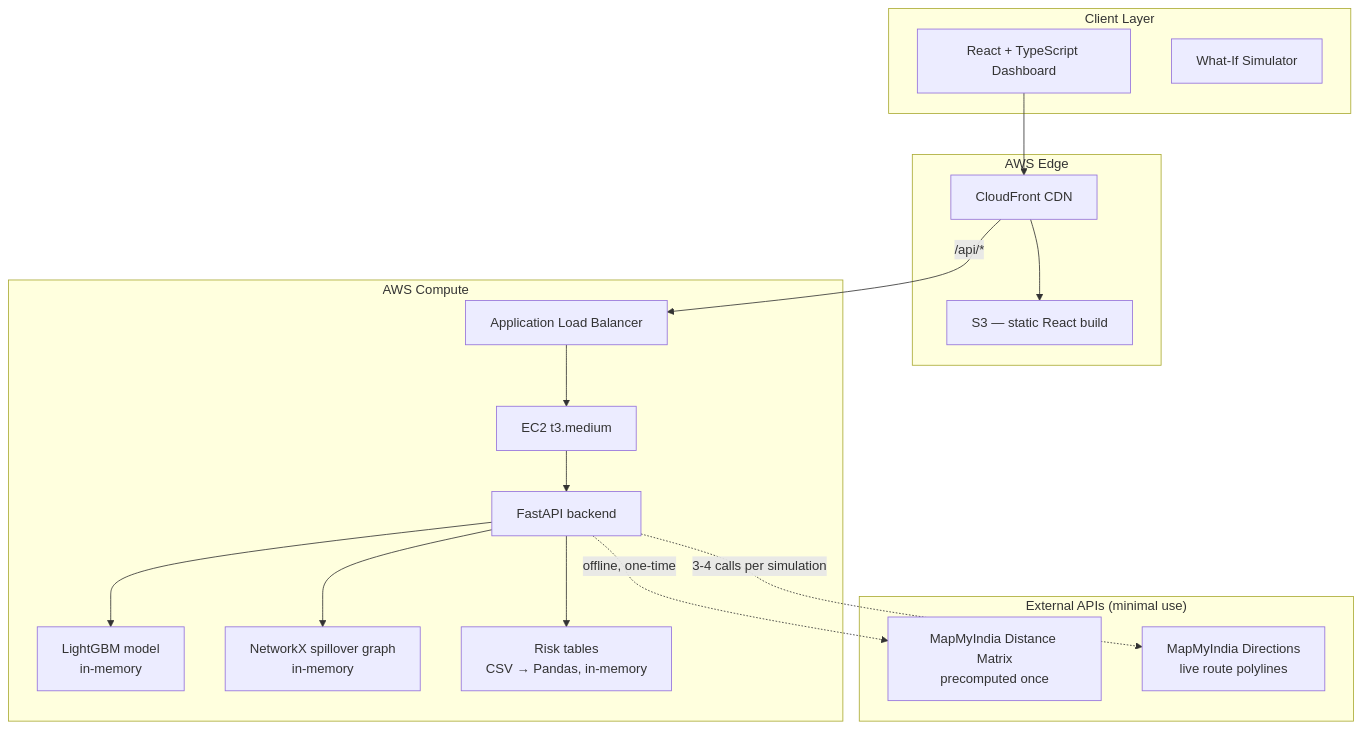
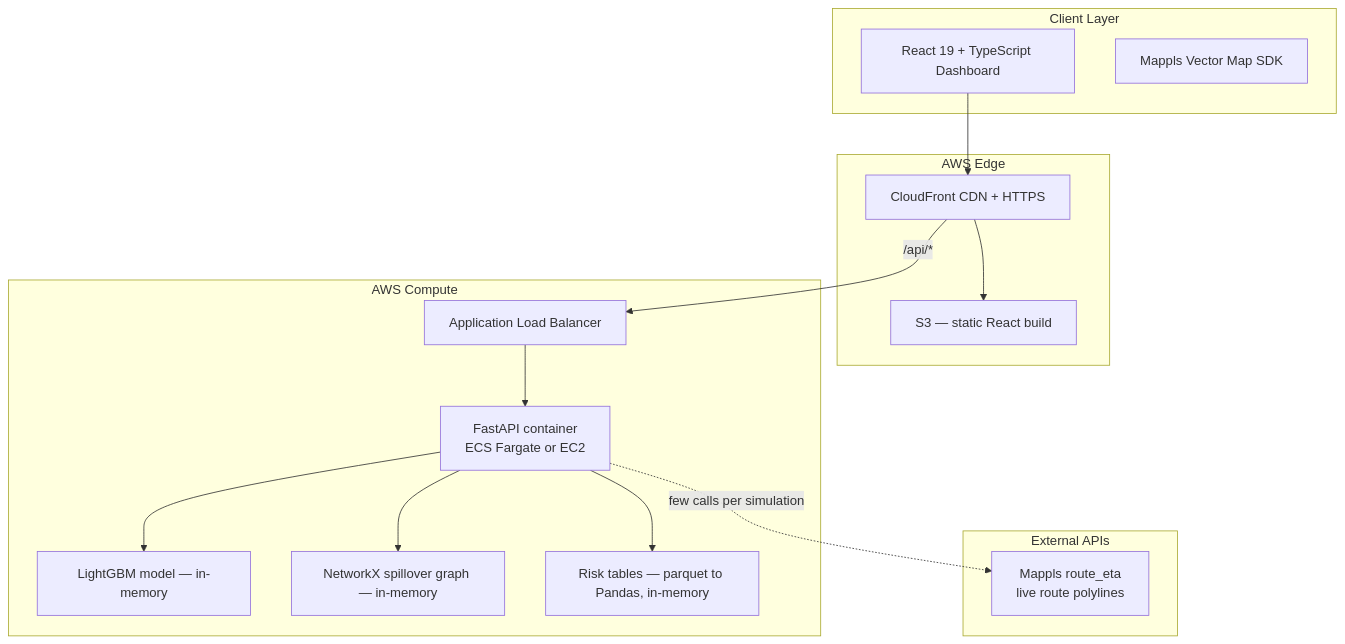
One commit to mpatra193/Flipkart_gridlock_2.0 changed the second of 3 diagrams in README.md. Above: the diagram before and after it, drawn with Mermaid. The commit also changed other lines of this file and 22 other files, not shown here.

````diff
--- a/README.md
+++ b/README.md
@@ -91,37 +95,33 @@
 ```mermaid
 flowchart TB
     subgraph Client["Client Layer"]
-        UI[React + TypeScript Dashboard]
-        EXT[What-If Simulator]
+        UI[React 19 + TypeScript Dashboard]
+        MAP[Mappls Vector Map SDK]
     end
 
     subgraph Edge["AWS Edge"]
-        CF[CloudFront CDN]
+        CF[CloudFront CDN + HTTPS]
         S3[S3 — static React build]
     end
 
     subgraph Compute["AWS Compute"]
         ALB[Application Load Balancer]
-        EC2[EC2 t3.medium]
-        API[FastAPI backend]
-        ML[LightGBM model<br/>in-memory]
-        GRAPH[NetworkX spillover graph<br/>in-memory]
-        TABLES[Risk tables<br/>CSV → Pandas, in-memory]
+        SVC[FastAPI container<br/>ECS Fargate or EC2]
+        ML[LightGBM model — in-memory]
+        GRAPH[NetworkX spillover graph — in-memory]
+        TABLES[Risk tables — parquet to Pandas, in-memory]
     end
 
-    subgraph External["External APIs (minimal use)"]
-        MMI1[MapMyIndia Distance Matrix<br/>precomputed once]
-        MMI2[MapMyIndia Directions<br/>live route polylines]
+    subgraph External["External APIs"]
+        MMI[Mappls route_eta<br/>live route polylines]
     end
 
     UI --> CF
     CF --> S3
     CF -->|/api/*| ALB
-    ALB --> EC2
-    EC2 --> API
-    API --> ML
-    API --> GRAPH
-    API --> TABLES
-    API -.->|offline, one-time| MMI1
-    API -.->|3-4 calls per simulation| MMI2
+    ALB --> SVC
+    SVC --> ML
+    SVC --> GRAPH
+    SVC --> TABLES
+    SVC -.->|few calls per simulation| MMI
 ```
````
